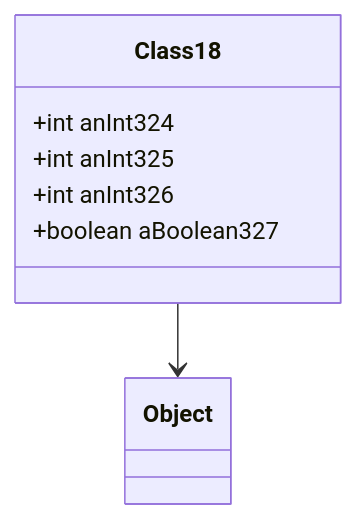
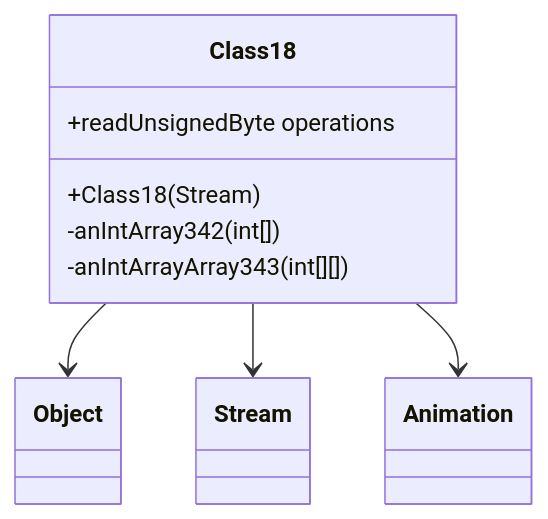
Before and after one commit to daxxog/solmud: the diagram in bytecode/mapping/evidence/verified/Class18_XPBACSMK.md, drawn with Mermaid. The commit also changed other lines of this file and 38 other files, not shown here.

````diff
--- a/bytecode/mapping/evidence/verified/Class18_XPBACSMK.md
+++ b/bytecode/mapping/evidence/verified/Class18_XPBACSMK.md
@@ -9,8 +16,10 @@
 ```mermaid
 classDiagram
     Class18 --> Object
-    Class18 : +int anInt324
-    Class18 : +int anInt325
-    Class18 : +int anInt326
-    Class18 : +boolean aBoolean327
+    Class18 --> Stream
+    Class18 --> Animation
+    Class18 : +Class18(Stream)
+    Class18 : -anIntArray342 (int[])
+    Class18 : -anIntArrayArray343 (int[][])
+    Class18 : +readUnsignedByte operations
 ```
````
